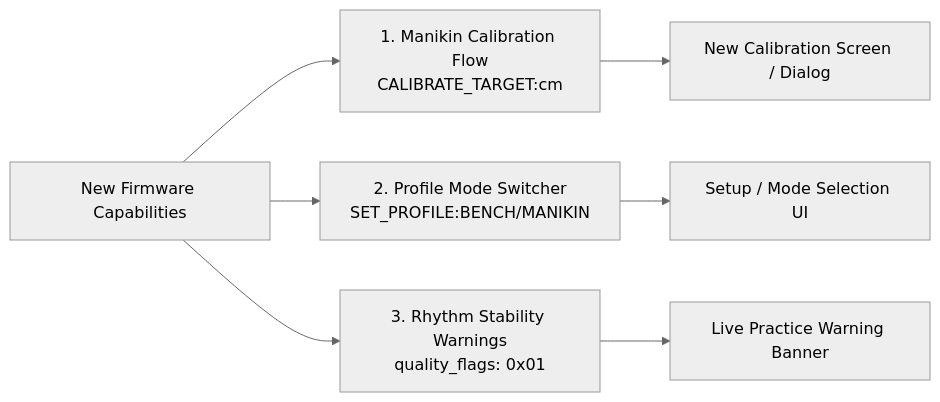
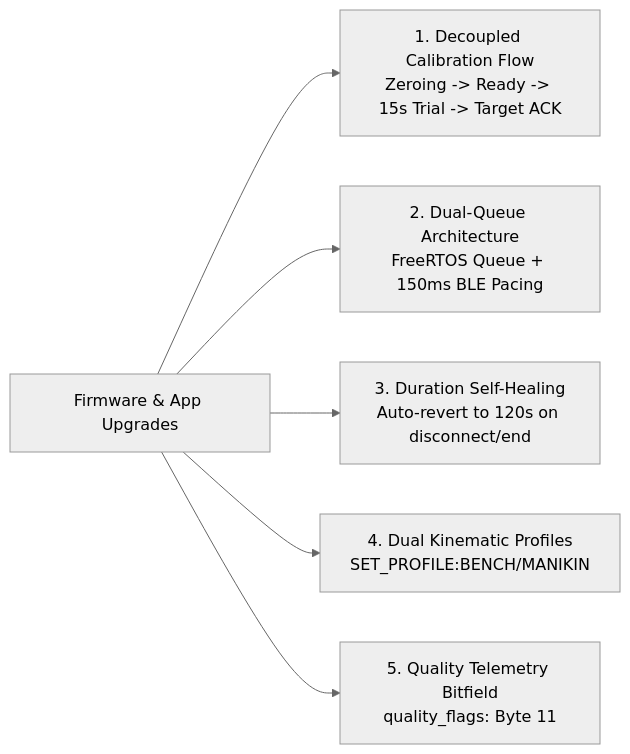
One commit to Marni3/CPReady changed the diagram in CPReady_Program/docs/NEW_FEATURES_AND_UI_FLOW_GUIDE.md. Above: the diagram before and after it, drawn with Mermaid (neutral theme). The commit also changed other lines of this file and 3 other files, not shown here.

````diff
--- a/CPReady_Program/docs/NEW_FEATURES_AND_UI_FLOW_GUIDE.md
+++ b/CPReady_Program/docs/NEW_FEATURES_AND_UI_FLOW_GUIDE.md
@@ -17,10 +23,8 @@
 ```mermaid
 graph LR
-    A["New Firmware Capabilities"] --> B["1. Manikin Calibration Flow<br/>CALIBRATE_TARGET:cm"]
-    A --> C["2. Profile Mode Switcher<br/>SET_PROFILE:BENCH/MANIKIN"]
-    A --> D["3. Rhythm Stability Warnings<br/>quality_flags: 0x01"]
-
-    B --> F["New Calibration Screen / Dialog"]
-    C --> G["Setup / Mode Selection UI"]
-    D --> H["Live Practice Warning Banner"]
+    A["Firmware & App Upgrades"] --> B["1. Decoupled Calibration Flow<br/>Zeroing -> Ready -> 15s Trial -> Target ACK"]
+    A --> C["2. Dual-Queue Architecture<br/>FreeRTOS Queue + 150ms BLE Pacing"]
+    A --> D["3. Duration Self-Healing<br/>Auto-revert to 120s on disconnect/end"]
+    A --> E["4. Dual Kinematic Profiles<br/>SET_PROFILE:BENCH/MANIKIN"]
+    A --> F["5. Quality Telemetry Bitfield<br/>quality_flags: Byte 11"]
 ```
````
